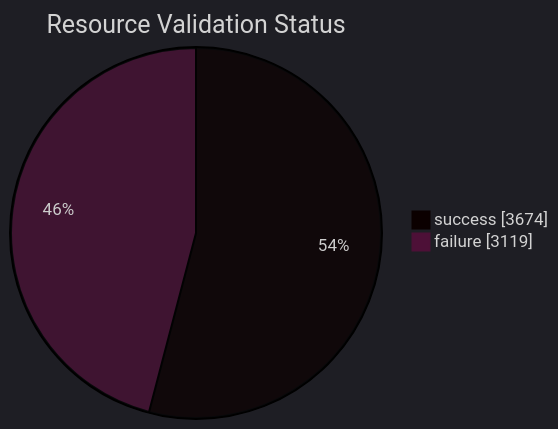
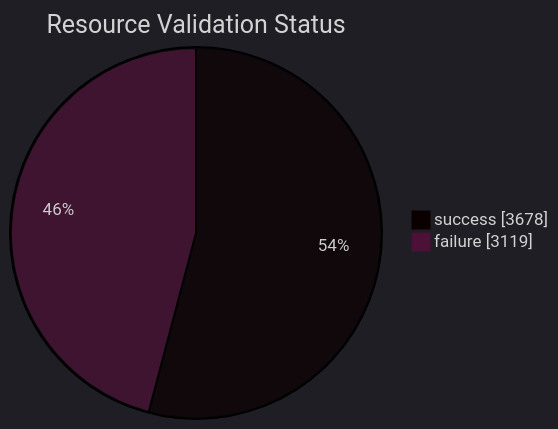
One commit to open-data/analytics-corporate-reporting changed the diagram in datastore_tracker/resource_validation_status_pie_chart.md. Above: the diagram before and after it, drawn with Mermaid. The commit also changed 9 other files, not shown here.

````diff
--- a/datastore_tracker/resource_validation_status_pie_chart.md
+++ b/datastore_tracker/resource_validation_status_pie_chart.md
@@ -2,9 +2,9 @@
 ```mermaid
 ---
 config:
   theme: dark
 ---
 pie showData title Resource Validation Status
-    "success": 3674
+    "success": 3678
     "failure": 3119
 ```
````
